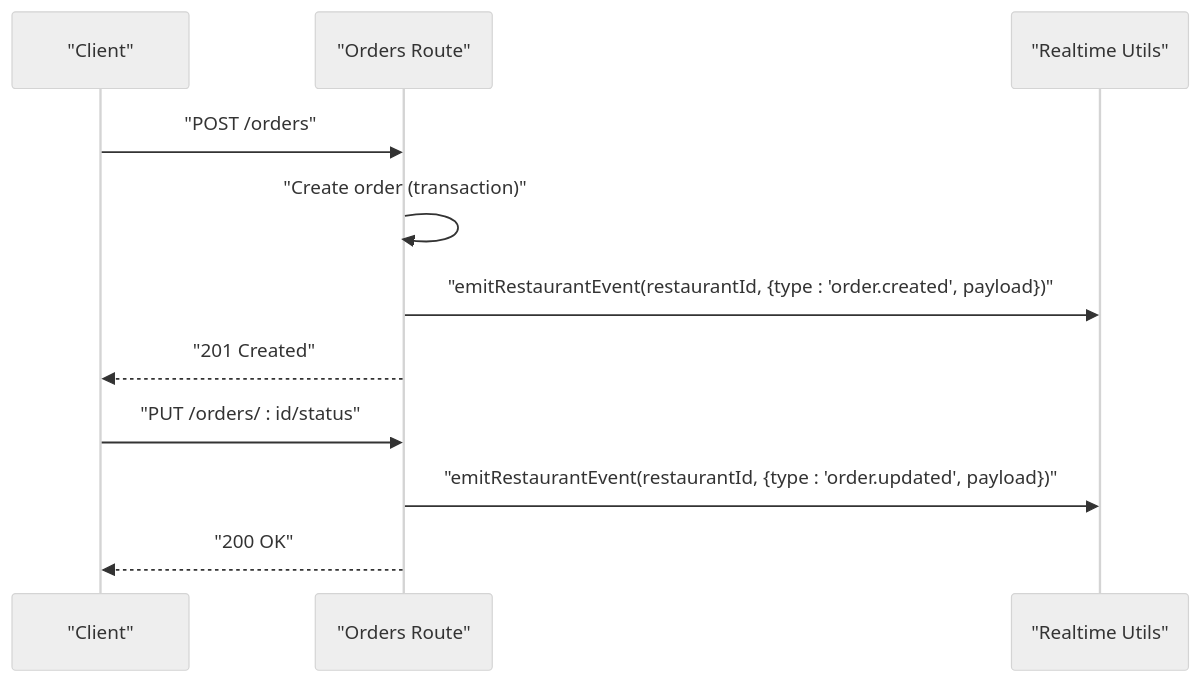
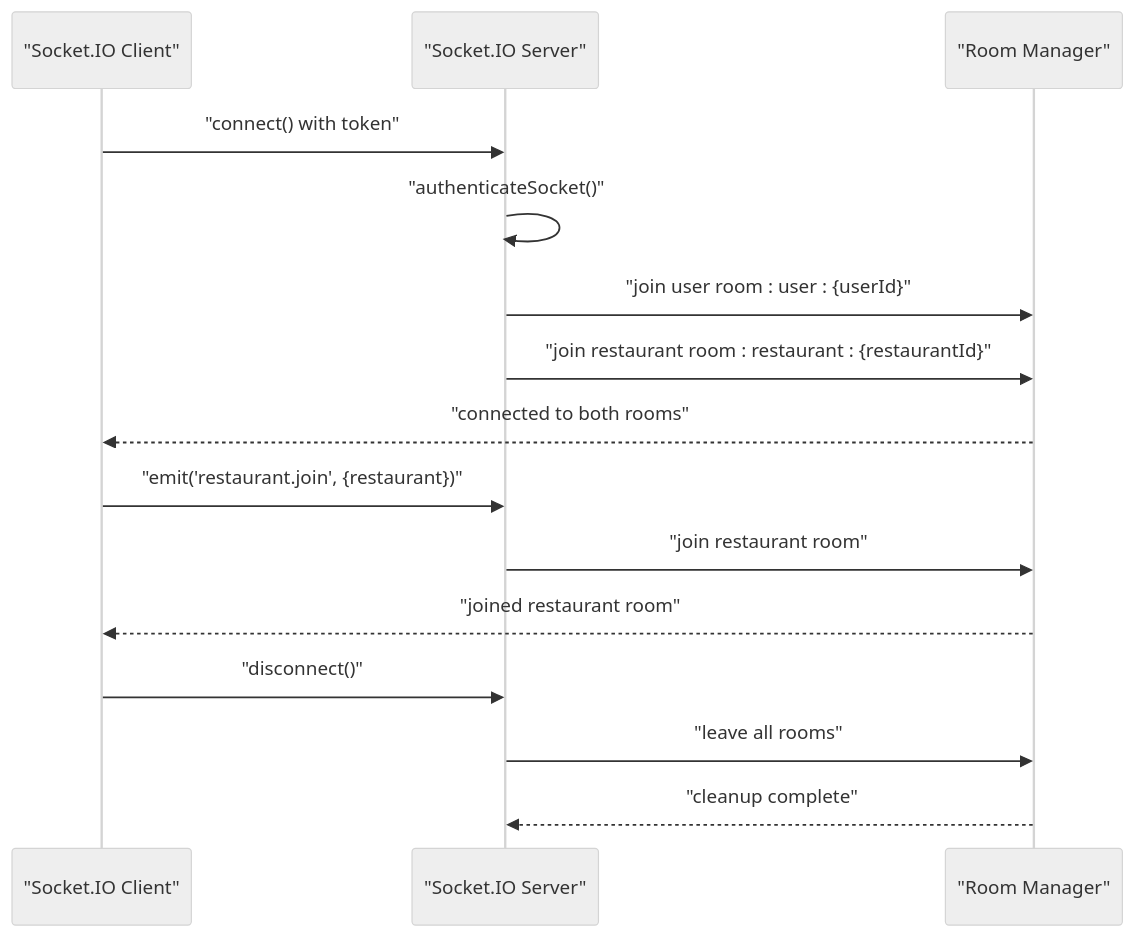
One commit to Dequeue-Tech/DeQ-Bite changed the fifth of 6 diagrams in .qoder/repowiki/en/content/Backend System/Utility Libraries/Real-time Communication.md. Above: the diagram before and after it, drawn with Mermaid (neutral theme). The commit also changed other lines of this file and 25 other files, not shown here.

````diff
--- a/.qoder/repowiki/en/content/Backend System/Utility Libraries/Real-time Communication.md
+++ b/.qoder/repowiki/en/content/Backend System/Utility Libraries/Real-time Communication.md
@@ -190,13 +283,17 @@
 ```mermaid
 sequenceDiagram
-participant Client as "Client"
-participant Orders as "Orders Route"
-participant RT as "Realtime Utils"
-Client->>Orders : "POST /orders"
-Orders->>Orders : "Create order (transaction)"
-Orders->>RT : "emitRestaurantEvent(restaurantId, {type : 'order.created', payload})"
-Orders-->>Client : "201 Created"
-Client->>Orders : "PUT /orders/ : id/status"
-Orders->>RT : "emitRestaurantEvent(restaurantId, {type : 'order.updated', payload})"
-Orders-->>Client : "200 OK"
+participant Client as "Socket.IO Client"
+participant Server as "Socket.IO Server"
+participant Rooms as "Room Manager"
+Client->>Server : "connect() with token"
+Server->>Server : "authenticateSocket()"
+Server->>Rooms : "join user room : user : {userId}"
+Server->>Rooms : "join restaurant room : restaurant : {restaurantId}"
+Rooms-->>Client : "connected to both rooms"
+Client->>Server : "emit('restaurant.join', {restaurant})"
+Server->>Rooms : "join restaurant room"
+Rooms-->>Client : "joined restaurant room"
+Client->>Server : "disconnect()"
+Server->>Rooms : "leave all rooms"
+Rooms-->>Server : "cleanup complete"
 ```
````
